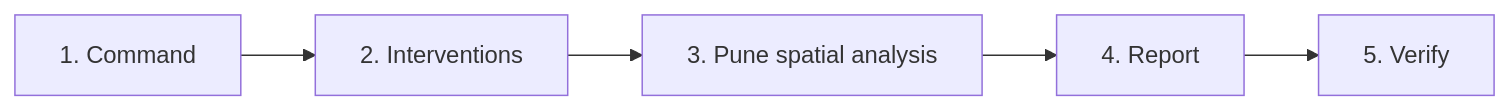
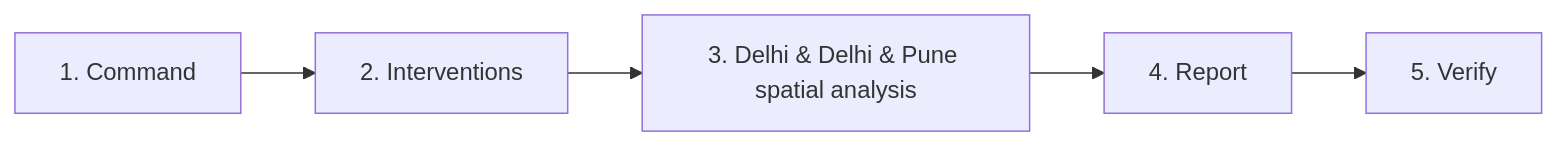
One commit to ashoka0402/final_year_project changed the first of 5 diagrams in README.md. Above: the diagram before and after it, drawn with Mermaid. The commit also changed other lines of this file, not shown here.

Commit message:
Update README for Aeris Delhi and Pune scope

````diff
--- a/README.md
+++ b/README.md
@@ -161,4 +161,4 @@
 ```mermaid
 flowchart LR
-    C["1. Command"] --> I["2. Interventions"] --> R["3. Pune spatial analysis"] --> P["4. Report"] --> V["5. Verify"]
+    C["1. Command"] --> I["2. Interventions"] --> R["3. Delhi & Delhi & Pune spatial analysis"] --> P["4. Report"] --> V["5. Verify"]
 ```
````
